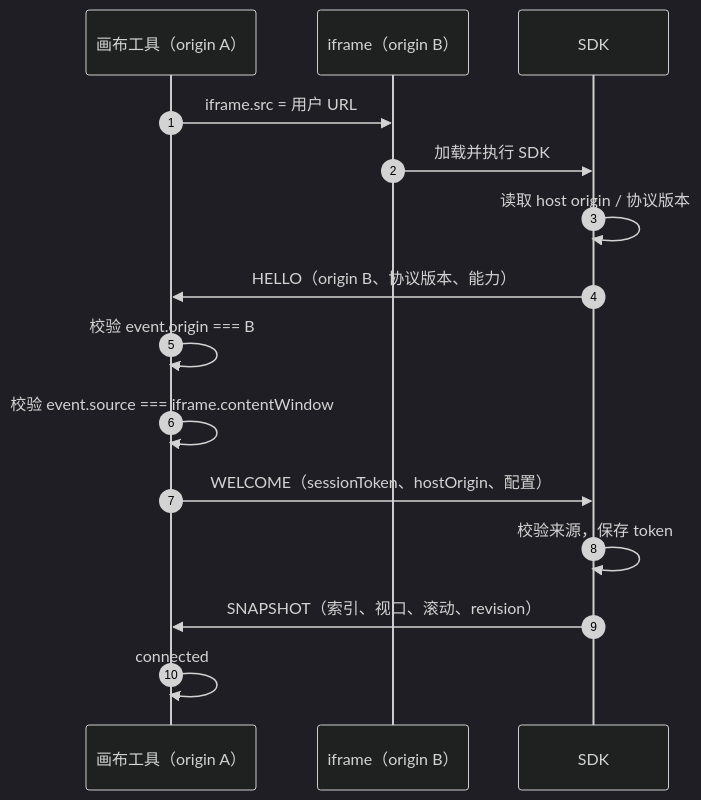
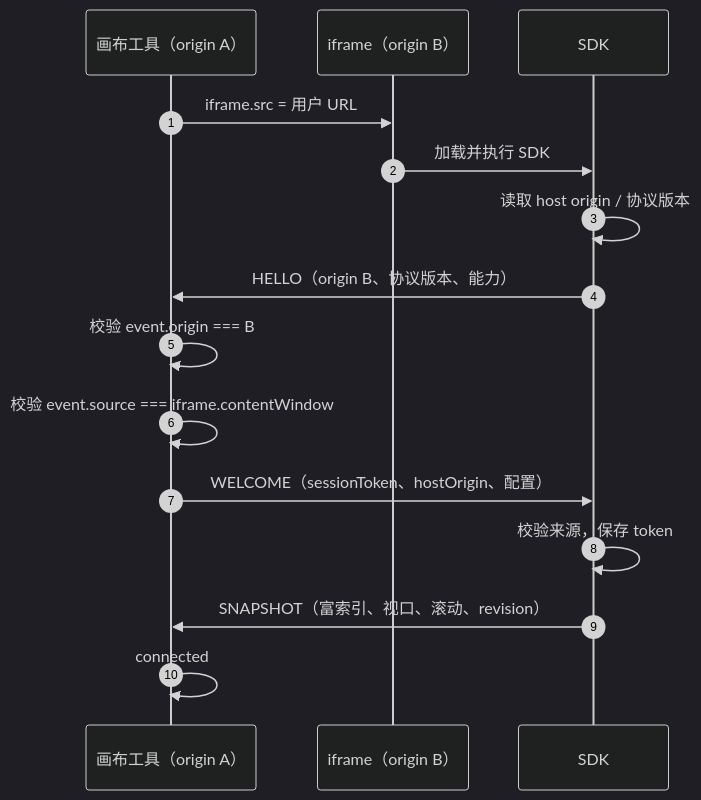
Before and after one commit to Cai199999/vibe-app: the fourth of 8 diagrams in docs/design/02.整体架构设计.md, drawn with Mermaid (dark theme). The commit also changed other lines of this file, not shown here.

````diff
--- a/docs/design/02.整体架构设计.md
+++ b/docs/design/02.整体架构设计.md
@@ -218,18 +236,18 @@
 ```mermaid
 sequenceDiagram
     autonumber
     participant H as 画布工具（origin A）
     participant F as iframe（origin B）
     participant S as SDK
 
     H->>F: iframe.src = 用户 URL
     F->>S: 加载并执行 SDK
     S->>S: 读取 host origin / 协议版本
     S->>H: HELLO（origin B、协议版本、能力）
     H->>H: 校验 event.origin === B
     H->>H: 校验 event.source === iframe.contentWindow
     H->>S: WELCOME（sessionToken、hostOrigin、配置）
     S->>S: 校验来源，保存 token
-    S->>H: SNAPSHOT（索引、视口、滚动、revision）
+    S->>H: SNAPSHOT（富索引、视口、滚动、revision）
     H->>H: connected
 ```
````
